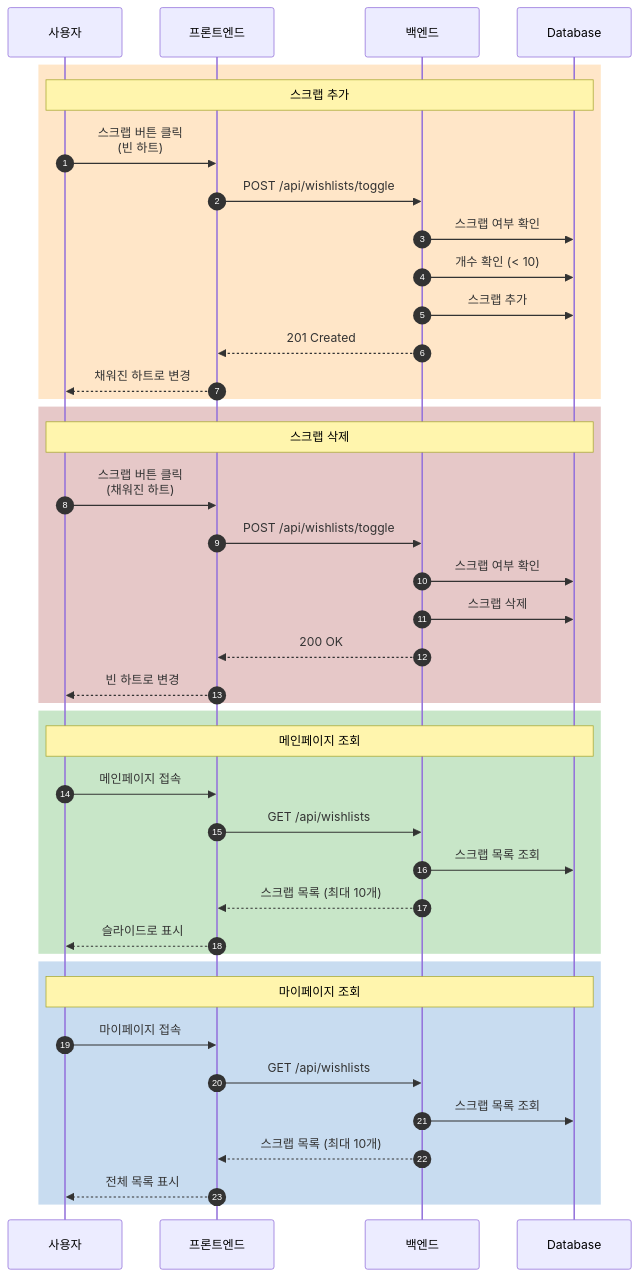
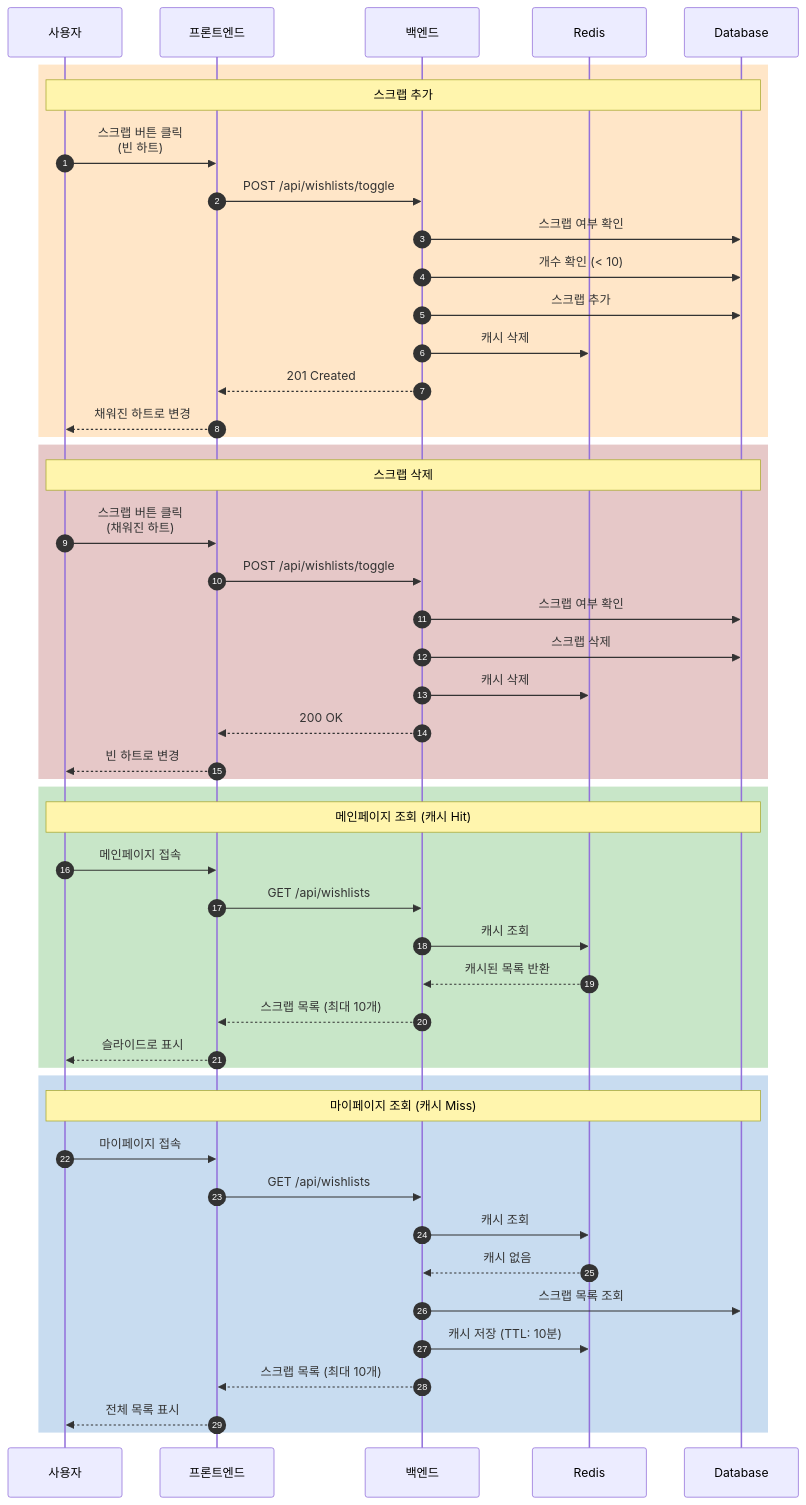
One commit to sw-campus/sw-campus-docs changed the fourth of 4 diagrams in sequence/wishlist/wishlist_diagram.md. Above: the diagram before and after it, drawn with Mermaid. The commit also changed other lines of this file and 3 other files, not shown here.

````diff
--- a/sequence/wishlist/wishlist_diagram.md
+++ b/sequence/wishlist/wishlist_diagram.md
@@ -88,47 +113,54 @@
 ```mermaid
 sequenceDiagram
     autonumber
     participant User as 사용자
     participant Frontend as 프론트엔드
     participant Backend as 백엔드
+    participant Redis as Redis
     participant DB as Database
 
     rect rgb(255, 230, 200)
         Note over User, DB: 스크랩 추가
         User->>Frontend: 스크랩 버튼 클릭<br/>(빈 하트)
         Frontend->>Backend: POST /api/wishlists/toggle
         Backend->>DB: 스크랩 여부 확인
         Backend->>DB: 개수 확인 (< 10)
         Backend->>DB: 스크랩 추가
+        Backend->>Redis: 캐시 삭제
         Backend-->>Frontend: 201 Created
         Frontend-->>User: 채워진 하트로 변경
     end
 
     rect rgb(230, 200, 200)
         Note over User, DB: 스크랩 삭제
         User->>Frontend: 스크랩 버튼 클릭<br/>(채워진 하트)
         Frontend->>Backend: POST /api/wishlists/toggle
         Backend->>DB: 스크랩 여부 확인
         Backend->>DB: 스크랩 삭제
+        Backend->>Redis: 캐시 삭제
         Backend-->>Frontend: 200 OK
         Frontend-->>User: 빈 하트로 변경
     end
 
     rect rgb(200, 230, 200)
-        Note over User, DB: 메인페이지 조회
+        Note over User, DB: 메인페이지 조회 (캐시 Hit)
         User->>Frontend: 메인페이지 접속
         Frontend->>Backend: GET /api/wishlists
-        Backend->>DB: 스크랩 목록 조회
+        Backend->>Redis: 캐시 조회
+        Redis-->>Backend: 캐시된 목록 반환
         Backend-->>Frontend: 스크랩 목록 (최대 10개)
         Frontend-->>User: 슬라이드로 표시
     end
 
     rect rgb(200, 220, 240)
-        Note over User, DB: 마이페이지 조회
+        Note over User, DB: 마이페이지 조회 (캐시 Miss)
         User->>Frontend: 마이페이지 접속
         Frontend->>Backend: GET /api/wishlists
+        Backend->>Redis: 캐시 조회
+        Redis-->>Backend: 캐시 없음
         Backend->>DB: 스크랩 목록 조회
+        Backend->>Redis: 캐시 저장 (TTL: 10분)
         Backend-->>Frontend: 스크랩 목록 (최대 10개)
         Frontend-->>User: 전체 목록 표시
     end
 ```
````
